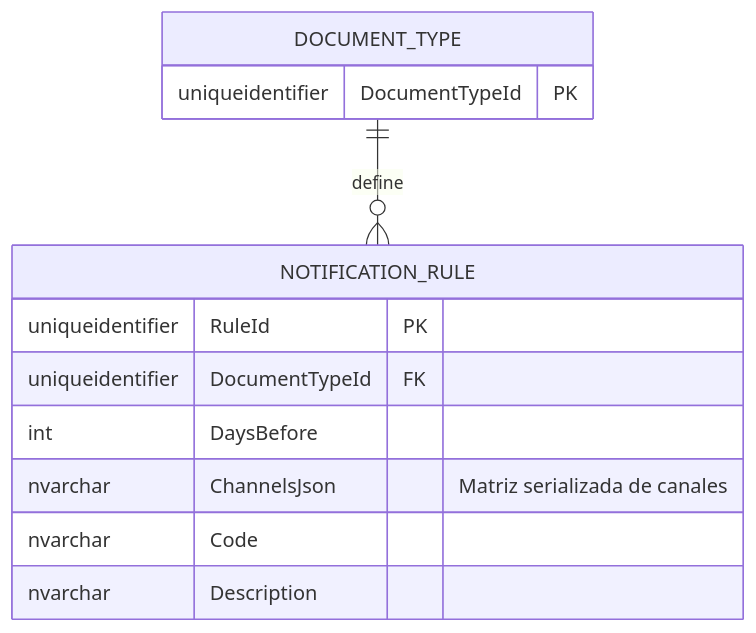
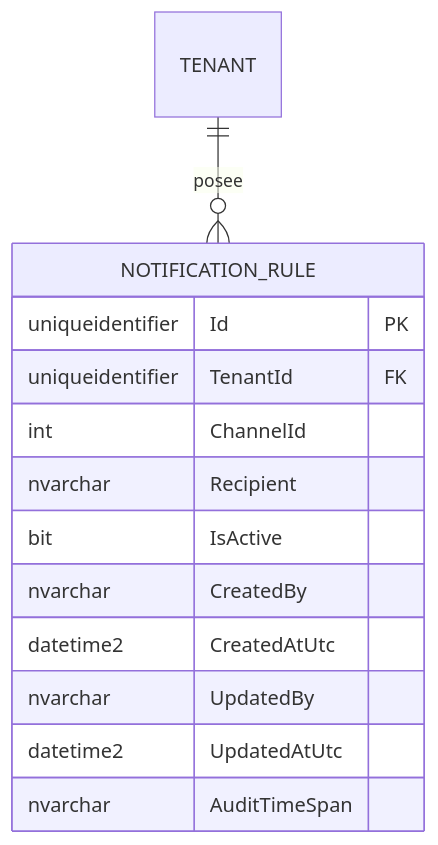
Before and after one commit to beyondnetcode/ums: the third of 3 diagrams in docs/domain-es/approvals/notification-rule.md, drawn with Mermaid. The commit also changed other lines of this file and 19 other files, not shown here.

````diff
--- a/docs/domain-es/approvals/notification-rule.md
+++ b/docs/domain-es/approvals/notification-rule.md
@@ -88,16 +99,17 @@
 ```mermaid
 erDiagram
-    DOCUMENT_TYPE ||--o{ NOTIFICATION_RULE : "define"
+    TENANT ||--o{ NOTIFICATION_RULE : "posee"
 
-    DOCUMENT_TYPE {
-        uniqueidentifier DocumentTypeId PK
-    }
     NOTIFICATION_RULE {
-        uniqueidentifier RuleId PK
-        uniqueidentifier DocumentTypeId FK
-        int DaysBefore
-        nvarchar ChannelsJson "Matriz serializada de canales"
-        nvarchar Code
-        nvarchar Description
+        uniqueidentifier Id PK
+        uniqueidentifier TenantId FK
+        int ChannelId
+        nvarchar Recipient
+        bit IsActive
+        nvarchar CreatedBy
+        datetime2 CreatedAtUtc
+        nvarchar UpdatedBy
+        datetime2 UpdatedAtUtc
+        nvarchar AuditTimeSpan
     }
 ```
````
